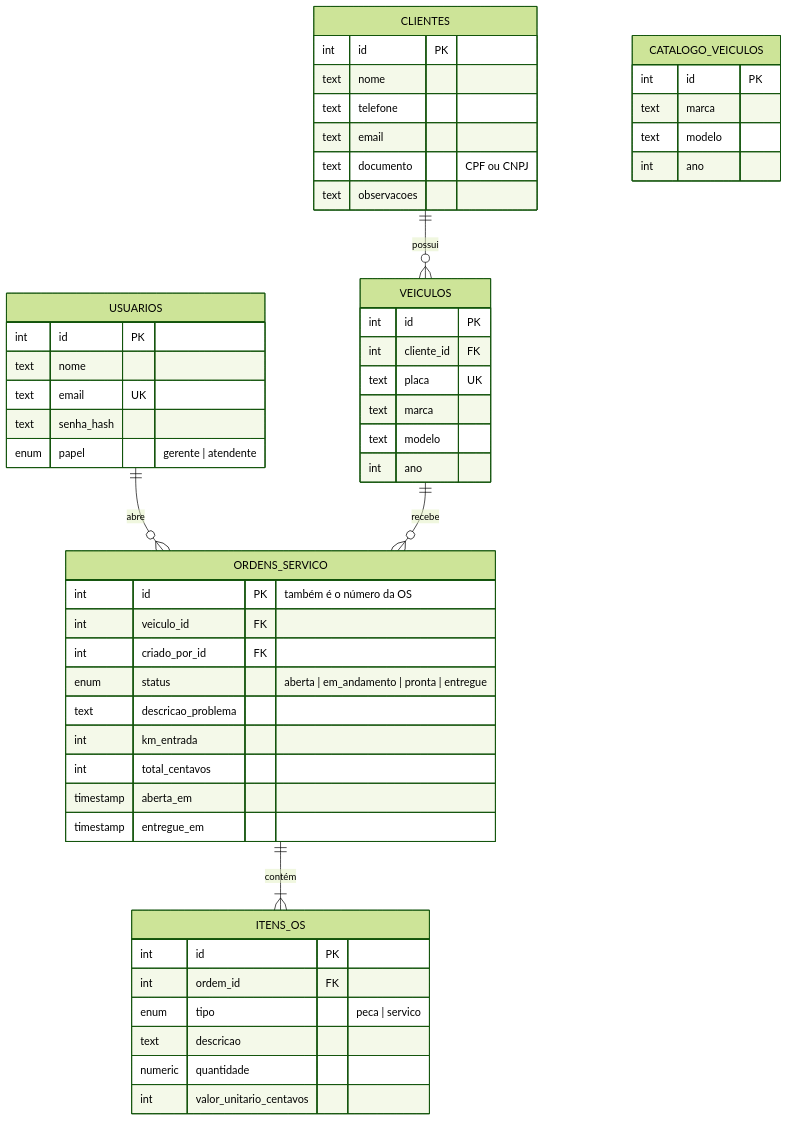
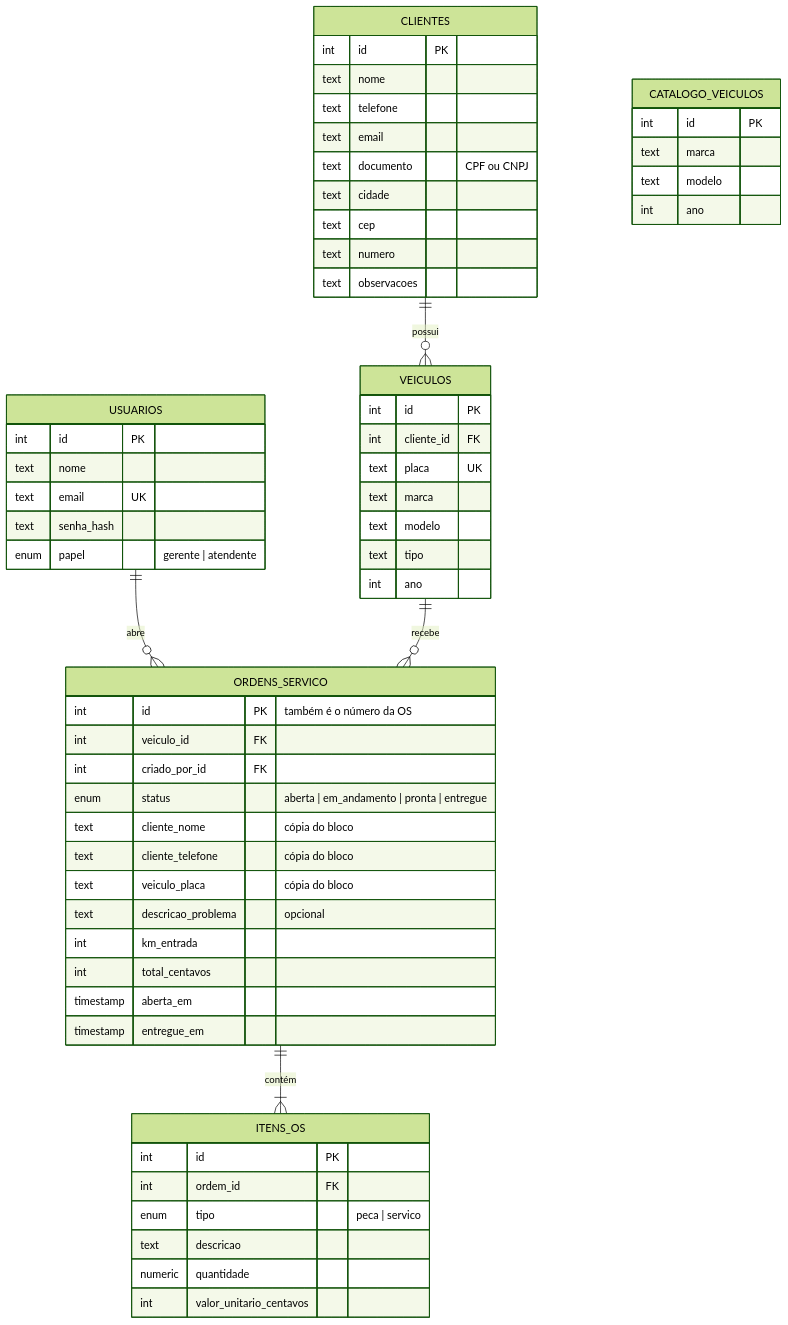
Before and after one commit to josezaltar/oficina-os: the first of 2 diagrams in docs/modelo-de-dados.md, drawn with Mermaid (forest theme). The commit also changed other lines of this file and 29 other files, not shown here.

````diff
--- a/docs/modelo-de-dados.md
+++ b/docs/modelo-de-dados.md
@@ -5,56 +5,63 @@
 ```mermaid
 erDiagram
     USUARIOS ||--o{ ORDENS_SERVICO : "abre"
     CLIENTES ||--o{ VEICULOS : "possui"
     VEICULOS ||--o{ ORDENS_SERVICO : "recebe"
     ORDENS_SERVICO ||--|{ ITENS_OS : "contém"
 
     USUARIOS {
         int id PK
         text nome
         text email UK
         text senha_hash
         enum papel "gerente | atendente"
     }
     CLIENTES {
         int id PK
         text nome
         text telefone
         text email
         text documento "CPF ou CNPJ"
+        text cidade
+        text cep
+        text numero
         text observacoes
     }
     VEICULOS {
         int id PK
         int cliente_id FK
         text placa UK
         text marca
         text modelo
+        text tipo
         int ano
     }
     ORDENS_SERVICO {
         int id PK "também é o número da OS"
         int veiculo_id FK
         int criado_por_id FK
         enum status "aberta | em_andamento | pronta | entregue"
-        text descricao_problema
+        text cliente_nome "cópia do bloco"
+        text cliente_telefone "cópia do bloco"
+        text veiculo_placa "cópia do bloco"
+        text descricao_problema "opcional"
         int km_entrada
         int total_centavos
         timestamp aberta_em
         timestamp entregue_em
     }
     CATALOGO_VEICULOS {
         int id PK
         text marca
         text modelo
         int ano
     }
     ITENS_OS {
         int id PK
         int ordem_id FK
         enum tipo "peca | servico"
         text descricao
         numeric quantidade
         int valor_unitario_centavos
     }
 ```
````
